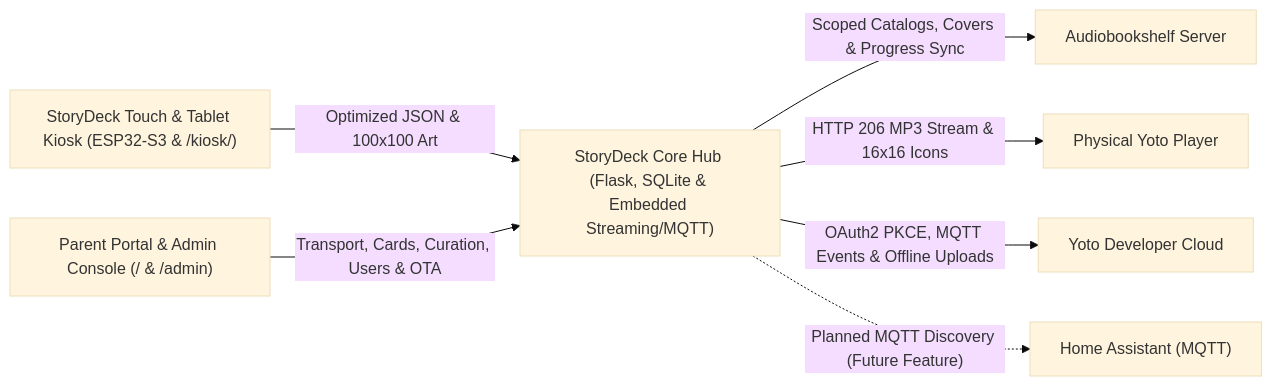
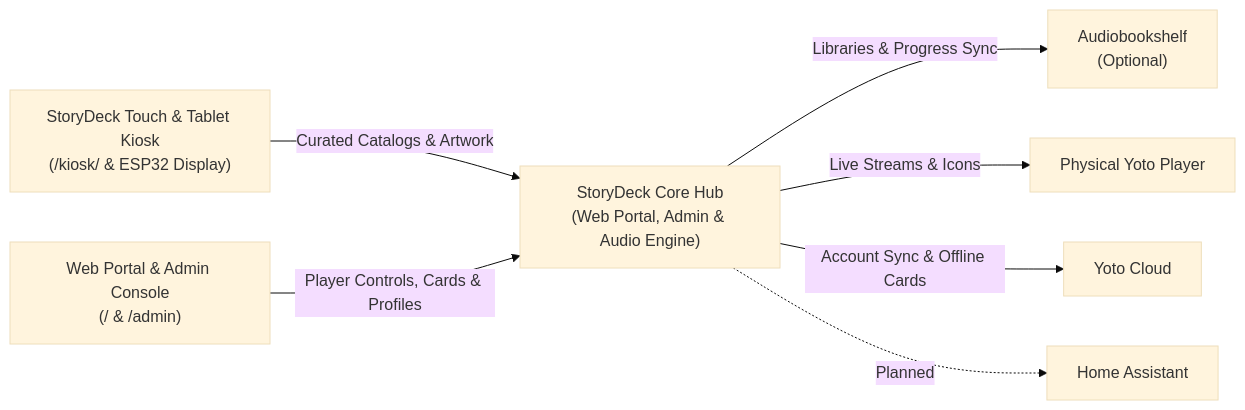
One commit to YotoStoryDeck/StoryDeck-Core changed the diagram in README.md. Above: the diagram before and after it, drawn with Mermaid (base theme). The commit also changed other lines of this file and 11 other files, not shown here.

Commit message:
feat(core): add TZ support, live catalog_revision sync, and v0.2.0 release docs

````diff
--- a/README.md
+++ b/README.md
@@ -26,9 +15,9 @@
 ```mermaid
 flowchart LR
-    Touch["StoryDeck Touch & Tablet Kiosk (ESP32-S3 & /kiosk/)"] -->|"Optimized JSON & 100x100 Art"| Core["StoryDeck Core Hub (Flask, SQLite & Embedded Streaming/MQTT)"]
-    Portal["Parent Portal & Admin Console (/ & /admin)"] -->|"Transport, Cards, Curation, Users & OTA"| Core
-    Core -->|"Scoped Catalogs, Covers & Progress Sync"| ABS["Audiobookshelf Server"]
-    Core -->|"HTTP 206 MP3 Stream & 16x16 Icons"| YotoPlayer["Physical Yoto Player"]
-    Core -->|"OAuth2 PKCE, MQTT Events & Offline Uploads"| YotoCloud["Yoto Developer Cloud"]
-    Core -.->|"Planned MQTT Discovery (Future Feature)"| HA["Home Assistant (MQTT)"]
+    Clients["StoryDeck Touch & Tablet Kiosk\n(/kiosk/ & ESP32 Display)"] -->|"Curated Catalogs & Artwork"| Core["StoryDeck Core Hub\n(Web Portal, Admin & Audio Engine)"]
+    Portal["Web Portal & Admin Console\n(/ & /admin)"] -->|"Player Controls, Cards & Profiles"| Core
+    Core -->|"Libraries & Progress Sync"| ABS["Audiobookshelf\n(Optional)"]
+    Core -->|"Live Streams & Icons"| YotoPlayer["Physical Yoto Player"]
+    Core -->|"Account Sync & Offline Cards"| YotoCloud["Yoto Cloud"]
+    Core -.->|"Planned"| HA["Home Assistant"]
 ```
````
